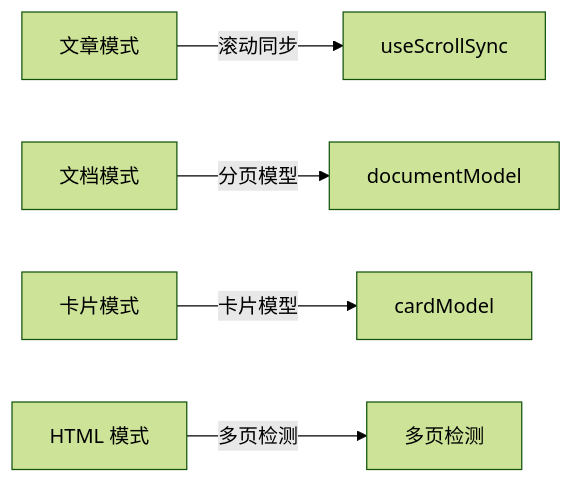
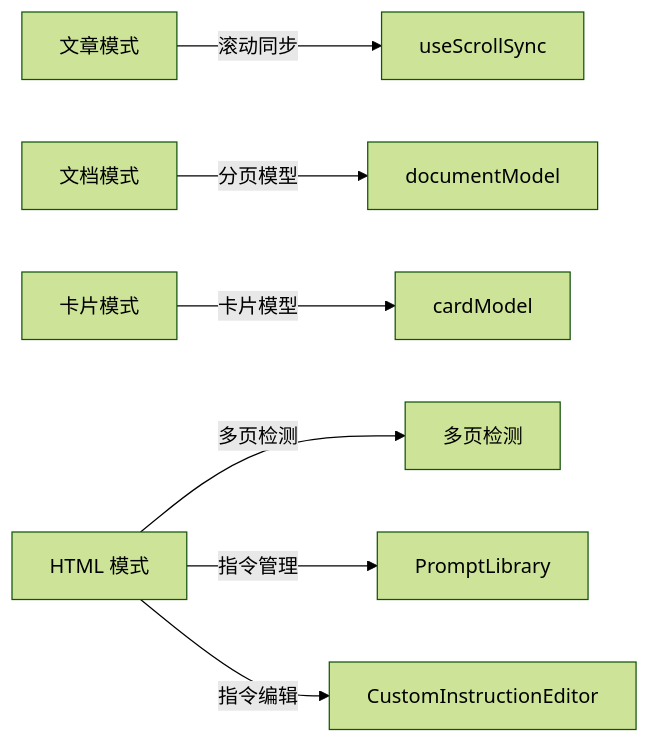
The sixth of 8 diagrams in .qoder/repowiki/zh/content/架构设计/状态管理架构.md (ZhongXiandou/markdown2view), drawn with Mermaid (forest theme) before and after one commit. The commit also changed other lines of this file and 35 other files, not shown here.

````diff
--- a/.qoder/repowiki/zh/content/架构设计/状态管理架构.md
+++ b/.qoder/repowiki/zh/content/架构设计/状态管理架构.md
@@ -214,7 +283,9 @@
 ```mermaid
 graph LR
 Article["文章模式"] --> |滚动同步| ScrollA["useScrollSync"]
 Document["文档模式"] --> |分页模型| DocModel["documentModel"]
 Card["卡片模式"] --> |卡片模型| CardModel["cardModel"]
 Html["HTML 模式"] --> |多页检测| Pages["多页检测"]
+Html --> |指令管理| PromptLib["PromptLibrary"]
+Html --> |指令编辑| CustomEditor["CustomInstructionEditor"]
 ```
````
